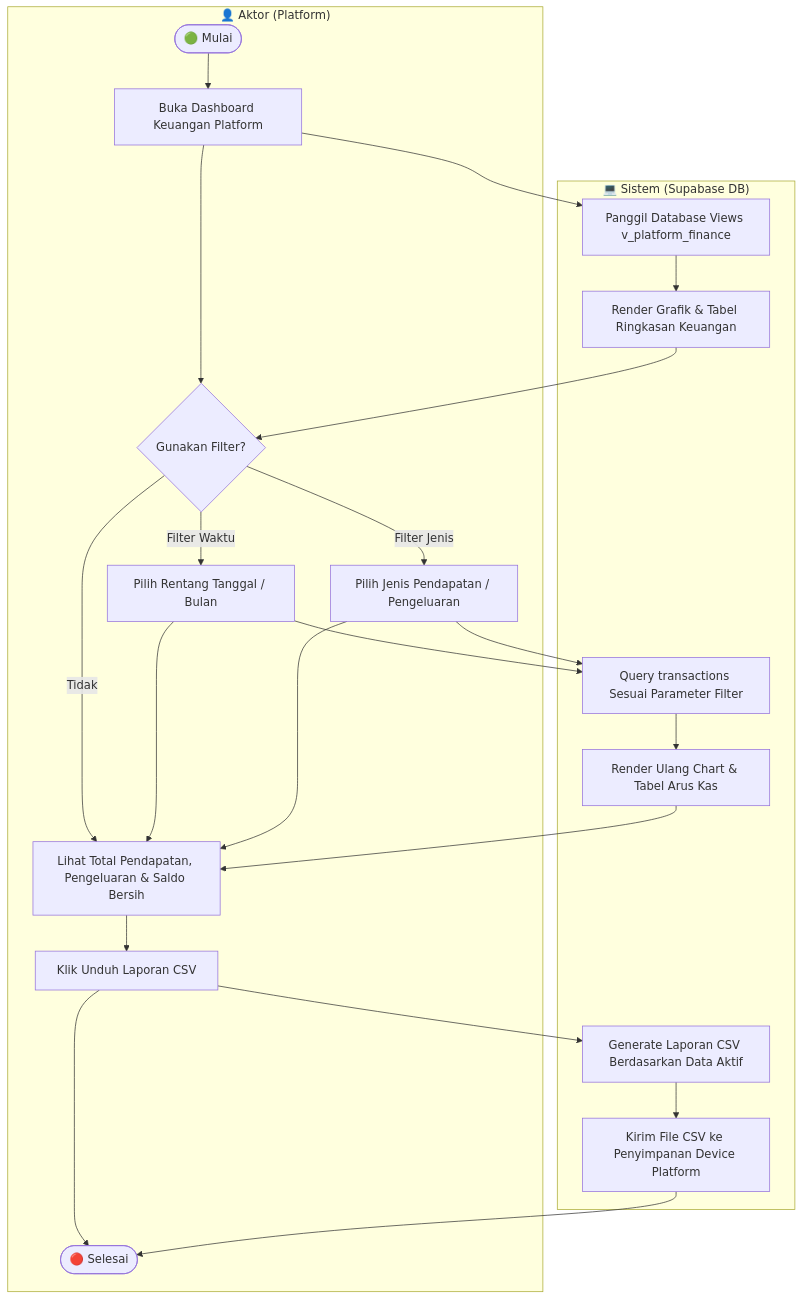
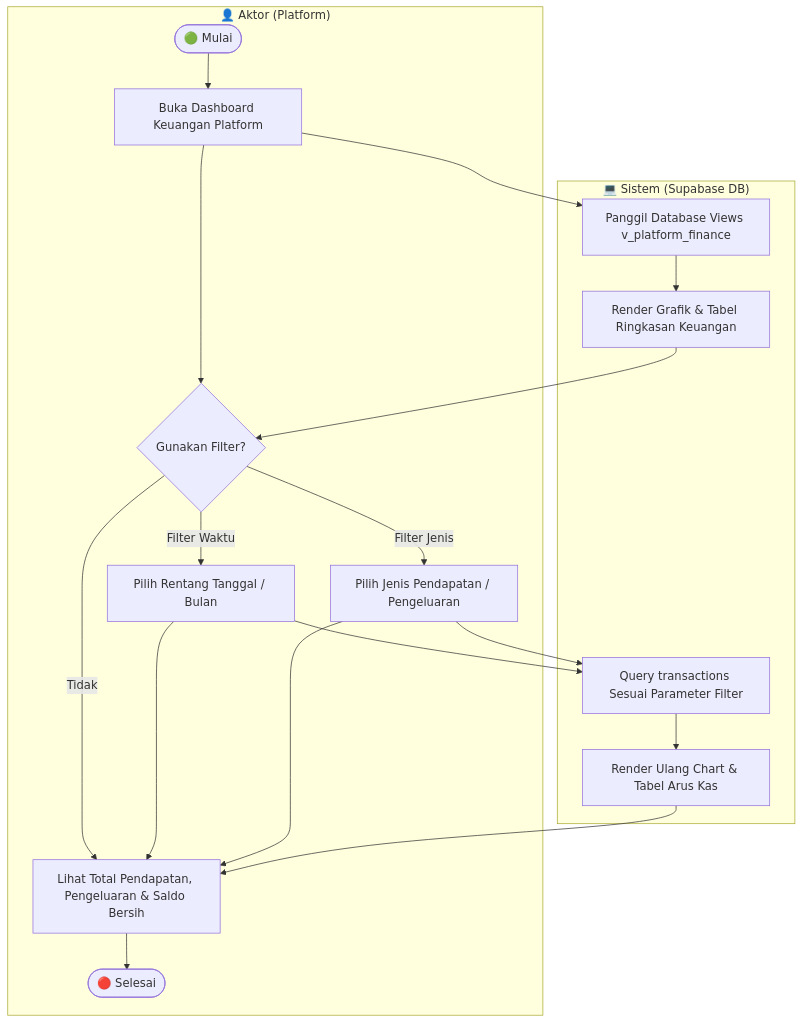
One commit to yosima050/booyahhub changed diagram 21 of 43 in DOKUMENTASI.md. Above: the diagram before and after it, drawn with Mermaid. The commit also changed other lines of this file, not shown here.

Commit message:
docs: remove CSV export documentation and workflow diagrams

````diff
--- a/DOKUMENTASI.md
+++ b/DOKUMENTASI.md
@@ -708,21 +708,19 @@
 ```mermaid
 flowchart TD
     subgraph Aktor ["👤 Aktor (Platform)"]
         T1([🟢 Mulai]) --> T2[Buka Dashboard Keuangan Platform]
         T2 --> T3{Gunakan Filter?}
         T3 -->|Filter Waktu| T4[Pilih Rentang Tanggal / Bulan]
         T3 -->|Filter Jenis| T5[Pilih Jenis Pendapatan / Pengeluaran]
         T3 -->|Tidak| T6[Lihat Total Pendapatan, Pengeluaran & Saldo Bersih]
         T4 & T5 --> T6
-        T6 --> T7[Klik Unduh Laporan CSV] --> T8([🔴 Selesai])
+        T6 --> T8([🔴 Selesai])
     end
 
     subgraph Sistem ["💻 Sistem (Supabase DB)"]
         T2 --> S1[Panggil Database Views v_platform_finance]
         S1 --> S2[Render Grafik & Tabel Ringkasan Keuangan] --> T3
         T4 & T5 --> S3[Query transactions Sesuai Parameter Filter]
         S3 --> S4[Render Ulang Chart & Tabel Arus Kas] --> T6
-        T7 --> S5[Generate Laporan CSV Berdasarkan Data Aktif]
-        S5 --> S6[Kirim File CSV ke Penyimpanan Device Platform] --> T8
     end
 ```
````
